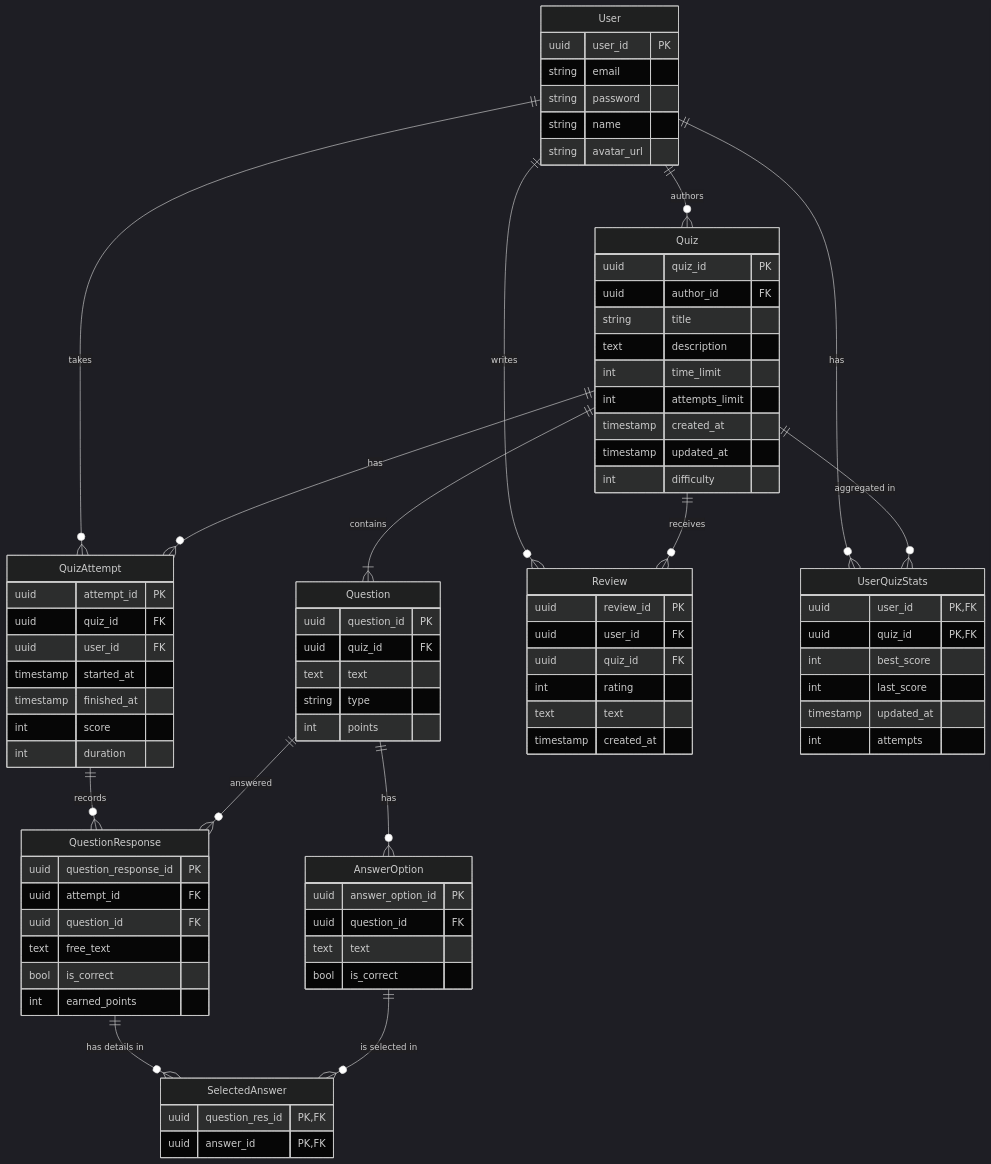
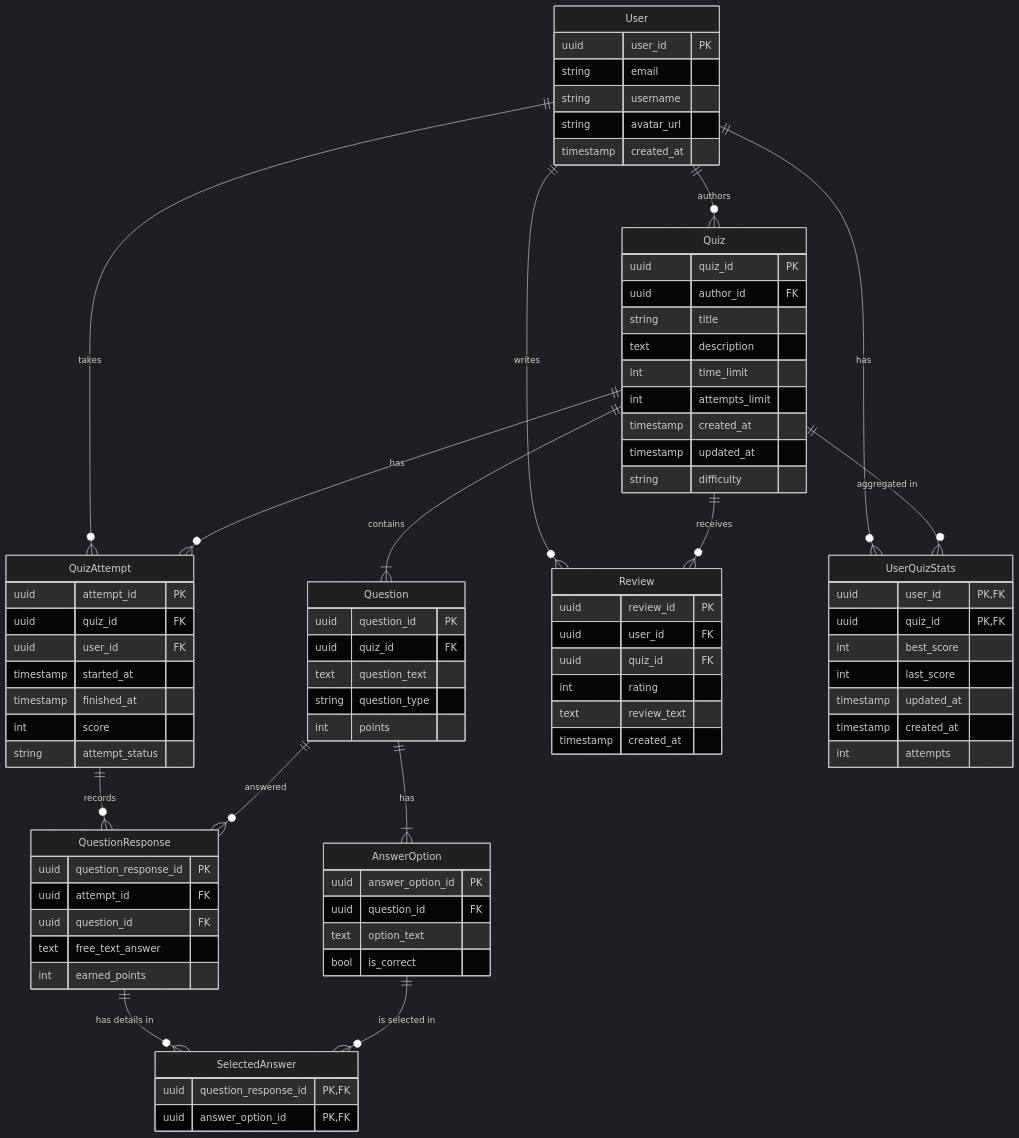
Before and after one commit to Alysseum17/KPI-labs: the diagram in Lab1/declarativeMermaid.mmd, drawn with Mermaid (dark theme).

Commit message:
Refactor data model in declarativeMermaid.mmd

```diff
--- a/Lab1/declarativeMermaid.mmd
+++ b/Lab1/declarativeMermaid.mmd
@@ -1,97 +1,97 @@
 erDiagram
  
   User {
     uuid user_id PK
     string email
-    string password
-    string name
+    string username
     string avatar_url
+    timestamp created_at
   }
 
   Quiz {
     uuid quiz_id PK
     uuid author_id FK
     string title
     text description
     int time_limit
     int attempts_limit
     timestamp created_at
     timestamp updated_at
-    int difficulty
+    string difficulty
   }
 
   QuizAttempt {
     uuid attempt_id PK
     uuid quiz_id FK
     uuid user_id FK
     timestamp started_at
     timestamp finished_at
     int score
-    int duration
+    string attempt_status
   }
 
   Question {
     uuid question_id PK
     uuid quiz_id FK
-    text text
-    string type
+    text question_text
+    string question_type
     int points
   }
 
   AnswerOption {
     uuid answer_option_id PK
     uuid question_id FK
-    text text
+    text option_text
     bool is_correct
   }
 
 QuestionResponse {
     uuid question_response_id PK
     uuid attempt_id FK
     uuid question_id FK
-    text free_text
-    bool is_correct
+    text free_text_answer
     int earned_points
   }
 
   Review {
     uuid review_id PK
     uuid user_id FK
     uuid quiz_id FK
     int rating
-    text text
+    text review_text
     timestamp created_at
   }
 
   SelectedAnswer {
-    uuid question_res_id PK,FK
-    uuid answer_id PK,FK
+    uuid question_response_id PK,FK
+    uuid answer_option_id PK,FK
   }
 
   UserQuizStats {
     uuid user_id PK, FK
     uuid quiz_id PK, FK
     int best_score
     int last_score
     timestamp updated_at
+    timestamp created_at
     int attempts
   }
 
   User ||--o{ Quiz : "authors"
   User ||--o{ QuizAttempt : "takes"
   Quiz ||--o{ QuizAttempt : "has"
 
   Quiz ||--|{ Question : "contains"
-  Question ||--o{ AnswerOption : "has"
+  Question ||--|{ AnswerOption : "has"
 
   QuizAttempt ||--o{ QuestionResponse : "records"
   Question ||--o{ QuestionResponse : "answered"
 
   User ||--o{ Review : "writes"
   Quiz ||--o{ Review : "receives"
 
   User ||--o{ UserQuizStats : "has"
   Quiz ||--o{ UserQuizStats : "aggregated in"
 
   QuestionResponse ||--o{ SelectedAnswer : "has details in"
   AnswerOption ||--o{ SelectedAnswer : "is selected in"
```
